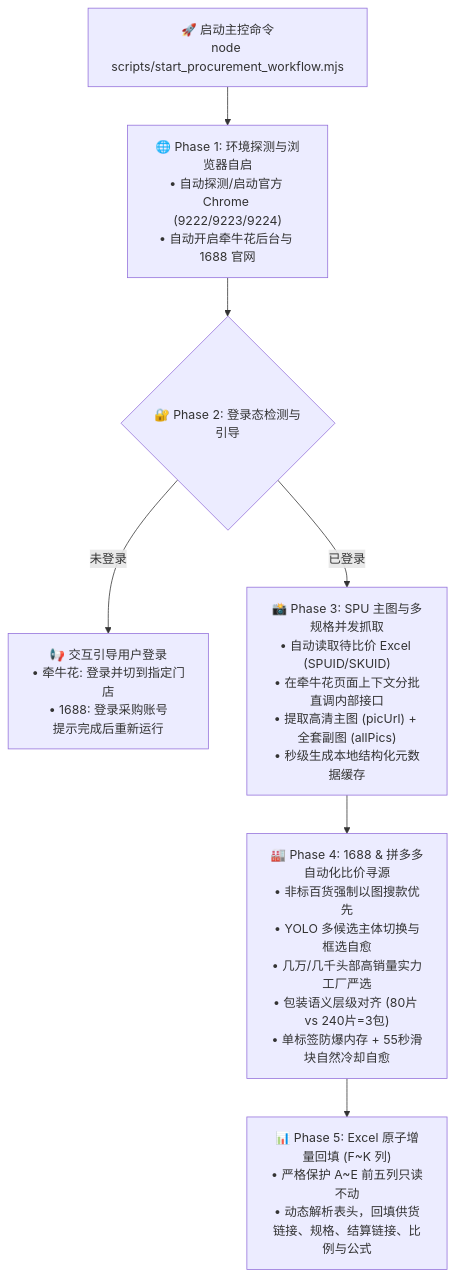
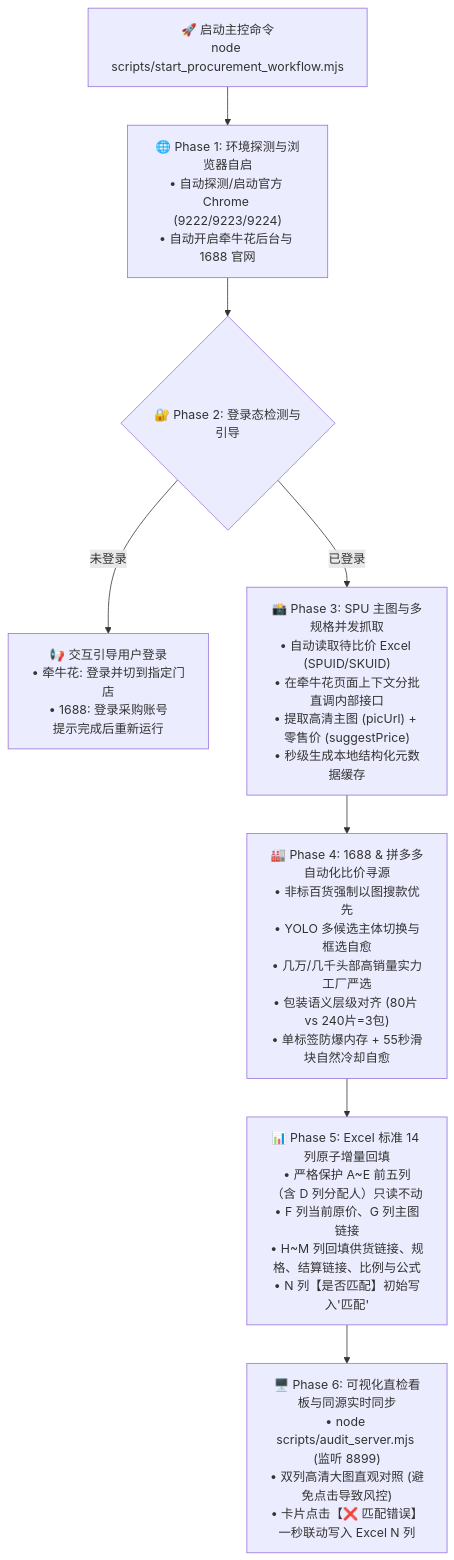
Before and after one commit to cycjianai/pddauto: the diagram in SKILL.md, drawn with Mermaid. The commit also changed other lines of this file and 3 other files, not shown here.

Commit message:
feat(audit): 14-col excel layout, live sync audit server & visual dashboard

````diff
--- a/SKILL.md
+++ b/SKILL.md
@@ -14,12 +14,14 @@
 ```mermaid
 flowchart TD
     Start["🚀 启动主控命令<br>node scripts/start_procurement_workflow.mjs"] --> Phase1["🌐 Phase 1: 环境探测与浏览器自启<br>• 自动探测/启动官方 Chrome (9222/9223/9224)<br>• 自动开启牵牛花后台与 1688 官网"]
 
     Phase1 --> Phase2{"🔐 Phase 2: 登录态检测与引导"}
     Phase2 -->|"未登录"| PromptUser["📢 交互引导用户登录<br>• 牵牛花: 登录并切到指定门店<br>• 1688: 登录采购账号<br>提示完成后重新运行"]
-    Phase2 -->|"已登录"| Phase3["📸 Phase 3: SPU 主图与多规格并发抓取<br>• 自动读取待比价 Excel (SPUID/SKUID)<br>• 在牵牛花页面上下文分批直调内部接口<br>• 提取高清主图 (picUrl) + 全套副图 (allPics)<br>• 秒级生成本地结构化元数据缓存"]
+    Phase2 -->|"已登录"| Phase3["📸 Phase 3: SPU 主图与多规格并发抓取<br>• 自动读取待比价 Excel (SPUID/SKUID)<br>• 在牵牛花页面上下文分批直调内部接口<br>• 提取高清主图 (picUrl) + 零售价 (suggestPrice)<br>• 秒级生成本地结构化元数据缓存"]
 
     Phase3 --> Phase4["🏭 Phase 4: 1688 & 拼多多自动化比价寻源<br>• 非标百货强制以图搜款优先<br>• YOLO 多候选主体切换与框选自愈<br>• 几万/几千头部高销量实力工厂严选<br>• 包装语义层级对齐 (80片 vs 240片=3包)<br>• 单标签防爆内存 + 55秒滑块自然冷却自愈"]
 
-    Phase4 --> Phase5["📊 Phase 5: Excel 原子增量回填 (F~K 列)<br>• 严格保护 A~E 前五列只读不动<br>• 动态解析表头，回填供货链接、规格、结算链接、比例与公式"]
+    Phase4 --> Phase5["📊 Phase 5: Excel 标准 14 列原子增量回填<br>• 严格保护 A~E 前五列（含 D 列分配人）只读不动<br>• F 列当前原价、G 列主图链接<br>• H~M 列回填供货链接、规格、结算链接、比例与公式<br>• N 列【是否匹配】初始写入'匹配'"]
+
+    Phase5 --> Phase6["🖥️ Phase 6: 可视化直检看板与同源实时同步<br>• node scripts/audit_server.mjs (监听 8899)<br>• 双列高清大图直观对照 (避免点击导致风控)<br>• 卡片点击【❌ 匹配错误】一秒联动写入 Excel N 列"]
 ```
````
